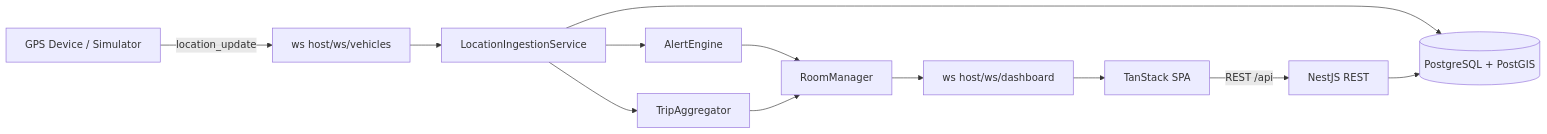
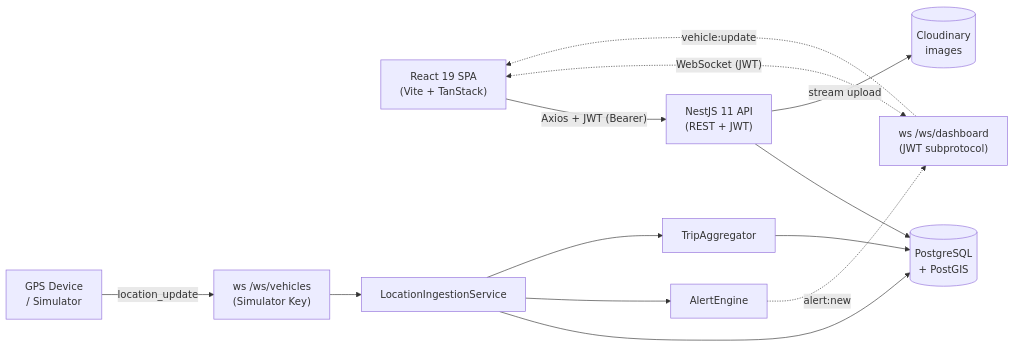
Before and after one commit to Serkanbyx/vehicle-tracking-system: the second of 2 diagrams in README.md, drawn with Mermaid. The commit also changed other lines of this file and 6 other files, not shown here.

````diff
--- a/README.md
+++ b/README.md
@@ -20,14 +135,26 @@
 ```mermaid
 flowchart LR
-  D[GPS Device / Simulator] -- location_update --> WS1["ws host/ws/vehicles"]
-  WS1 --> Ingest[LocationIngestionService]
-  Ingest --> DB[(PostgreSQL + PostGIS)]
-  Ingest --> Engine[AlertEngine]
-  Ingest --> Aggregator[TripAggregator]
-  Engine --> Room[RoomManager]
-  Aggregator --> Room
-  Room --> WS2["ws host/ws/dashboard"]
-  WS2 --> Client[TanStack SPA]
-  Client -- REST /api --> API[NestJS REST]
+  Browser["React 19 SPA<br/>(Vite + TanStack)"]
+  API["NestJS 11 API<br/>(REST + JWT)"]
+  WS_Dash["ws /ws/dashboard<br/>(JWT subprotocol)"]
+  WS_Ingest["ws /ws/vehicles<br/>(Simulator Key)"]
+  Ingest["LocationIngestionService"]
+  Engine["AlertEngine"]
+  Aggregator["TripAggregator"]
+  DB[("PostgreSQL<br/>+ PostGIS")]
+  CDN[("Cloudinary<br/>images")]
+  GPS["GPS Device<br/>/ Simulator"]
+
+  Browser -- "Axios + JWT (Bearer)" --> API
+  Browser <-. "WebSocket (JWT)" .-> WS_Dash
+  GPS -- "location_update" --> WS_Ingest
+  WS_Ingest --> Ingest
+  Ingest --> DB
+  Ingest --> Engine
+  Ingest --> Aggregator
+  Engine -. "alert:new" .-> WS_Dash
+  Aggregator --> DB
   API --> DB
+  API -- "stream upload" --> CDN
+  WS_Dash -. "vehicle:update" .-> Browser
 ```
````
